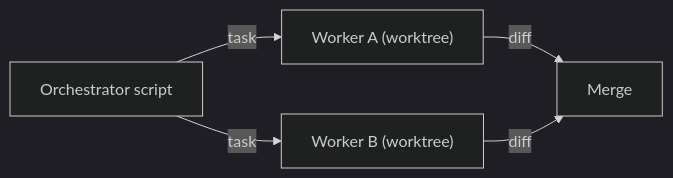
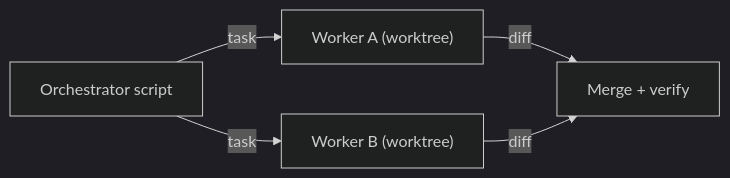
One commit to xoubish/multiGrits changed the diagram in diagrams/parallel-workers.mmd. Above: the diagram before and after it, drawn with Mermaid (dark theme). The commit also changed 64 other files, not shown here.

```diff
--- a/diagrams/parallel-workers.mmd
+++ b/diagrams/parallel-workers.mmd
@@ -1,5 +1,5 @@
 flowchart LR
   S["Orchestrator script"] -->|"task"| W1["Worker A (worktree)"]
   S -->|"task"| W2["Worker B (worktree)"]
-  W1 -->|"diff"| M["Merge"]
+  W1 -->|"diff"| M["Merge + verify"]
   W2 -->|"diff"| M
```
